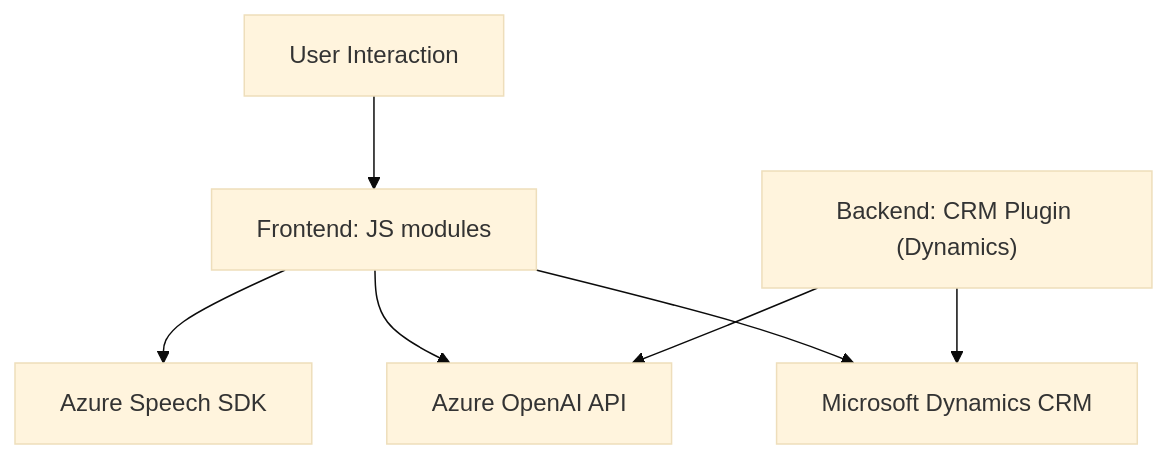
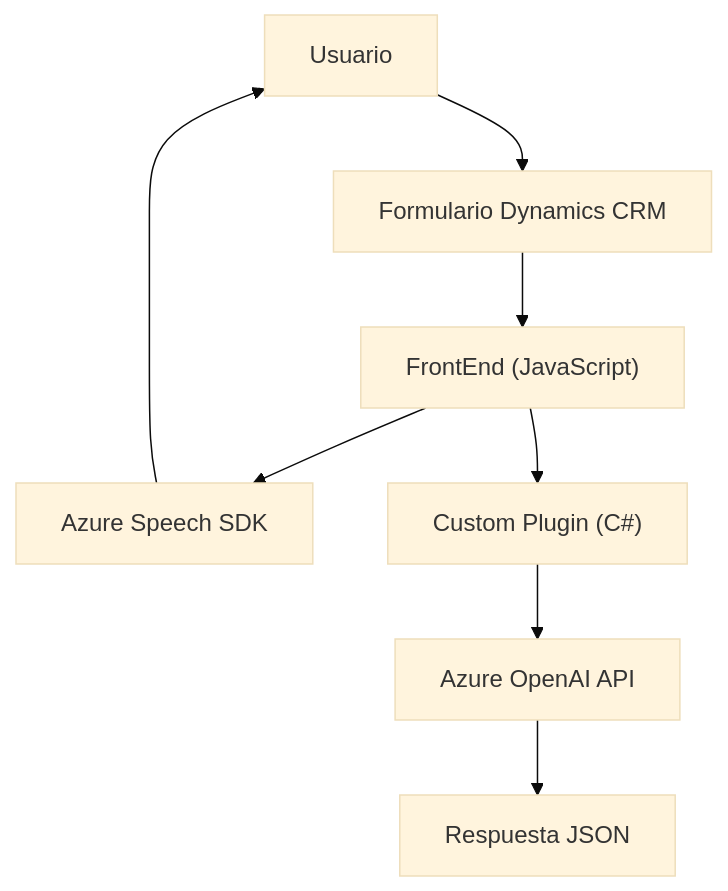
The diagram in README.md (blopezdm/NETCORE_BILBAO2025), drawn with Mermaid (base theme) before and after one commit. The commit also changed other lines of this file, not shown here.

````diff
--- a/README.md
+++ b/README.md
@@ -57,16 +41,18 @@
 ```mermaid
 graph TD
-    A["Frontend: JS modules"]
-    B["Azure Speech SDK"]
-    C["Azure OpenAI API"]
-    D["Backend: CRM Plugin (Dynamics)"]
-    E["Microsoft Dynamics CRM"]
-    F["User Interaction"]
+A["Usuario"]
+B["Formulario Dynamics CRM"]
+C["FrontEnd (JavaScript)"]
+D["Azure Speech SDK"]
+E["Custom Plugin (C#)"]
+F["Azure OpenAI API"]
+G["Respuesta JSON"]
 
-    F --> A
-    A --> B
-    A --> C
-    A --> E
-    D --> C
-    D --> E
+A --> B
+B --> C
+C --> D
+C --> E
+E --> F
+F --> G
+D --> A
 ```
````
